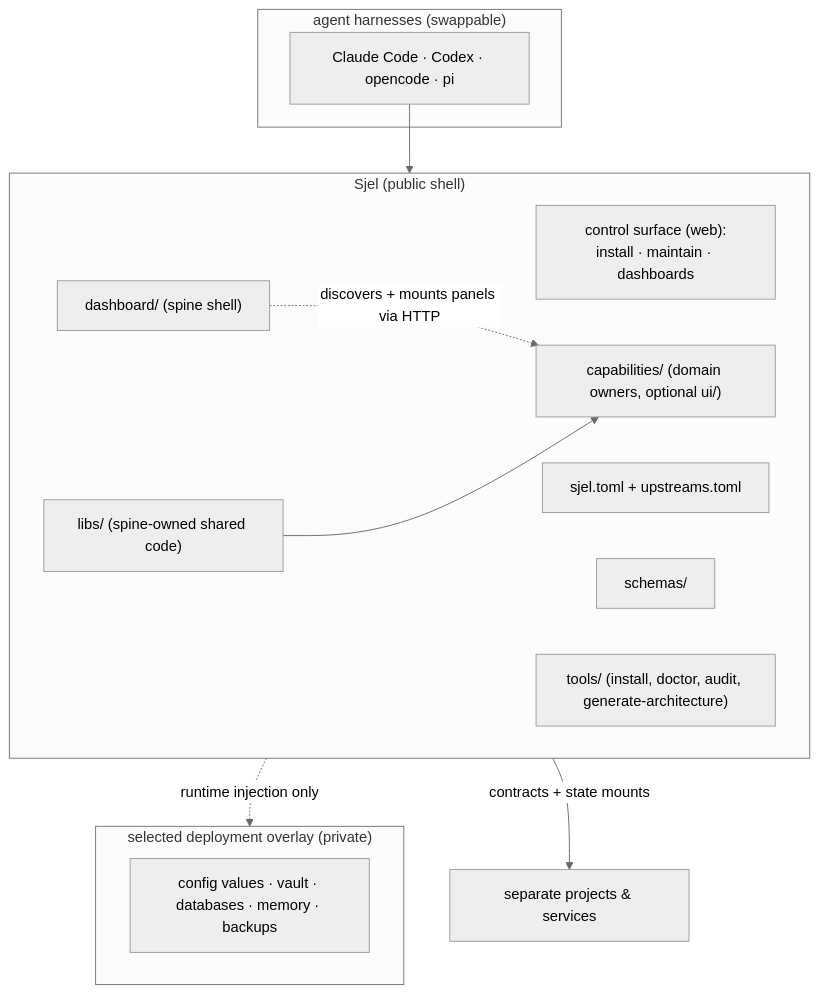
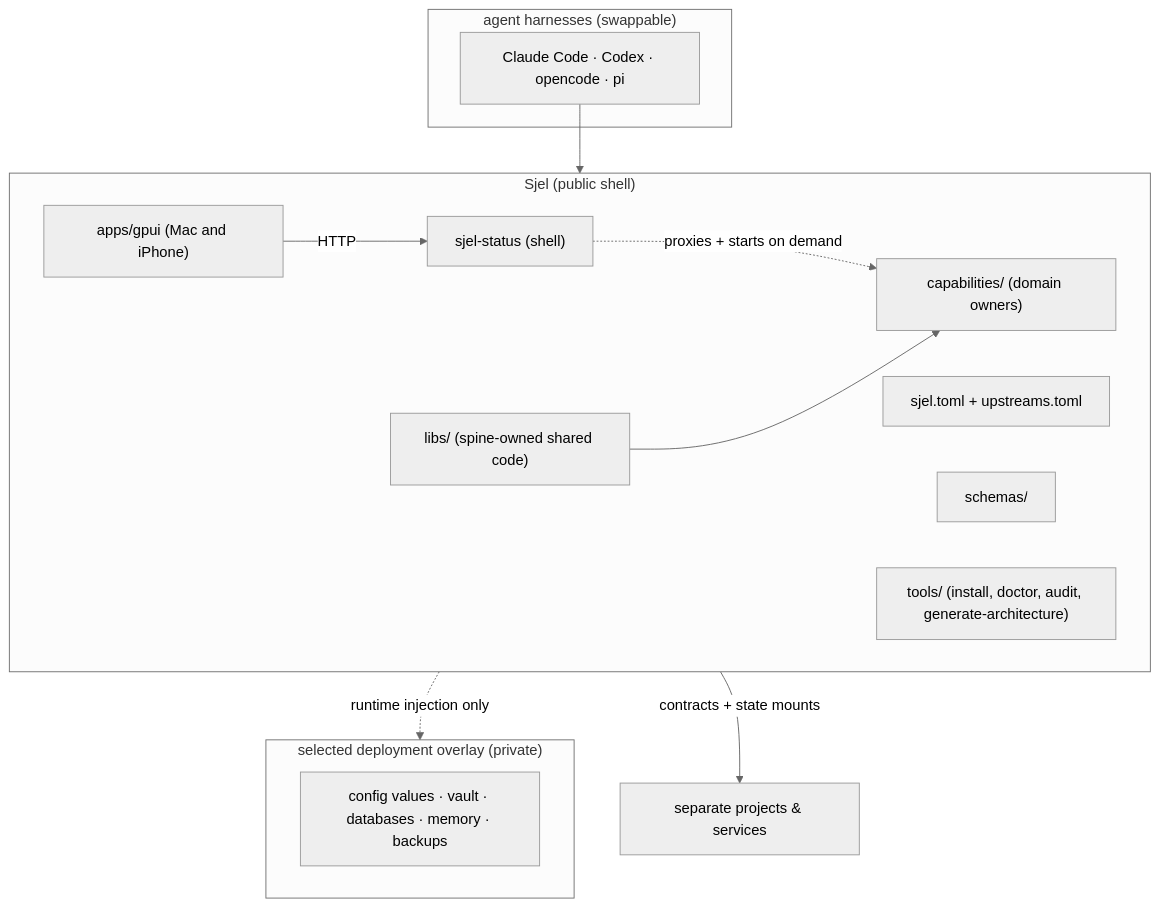
Before and after one commit to larsboes/Sjel: the diagram in CONTRIBUTING.md, drawn with Mermaid (neutral theme). The commit also changed other lines of this file and 2 other files, not shown here.

First line of the commit message:
docs: describe the native app, not the deleted dashboard, in README and CONTRIBUTING

````diff
--- a/CONTRIBUTING.md
+++ b/CONTRIBUTING.md
@@ -803,23 +800,24 @@
 ```mermaid
 flowchart TB
     subgraph HARNESS["agent harnesses (swappable)"]
         H["Claude Code · Codex · opencode · pi"]
     end
-    subgraph AXON["Sjel (public shell)"]
-        C["control surface (web):<br/>install · maintain · dashboards"]
+    subgraph SJEL["Sjel (public shell)"]
+        A["apps/gpui (Mac and iPhone)"]
         M["sjel.toml + upstreams.toml"]
         S["schemas/"]
         T["tools/ (install, doctor, audit, generate-architecture)"]
-        CAP["capabilities/ (domain owners, optional ui/)"]
-        D["dashboard/ (spine shell)"]
+        CAP["capabilities/ (domain owners)"]
+        SH["sjel-status (shell)"]
         L["libs/ (spine-owned shared code)"]
-        D -.->|discovers + mounts panels via HTTP| CAP
+        A -->|HTTP| SH
+        SH -.->|proxies + starts on demand| CAP
         L --> CAP
     end
     subgraph OVERLAY["selected deployment overlay (private)"]
         P["config values · vault · databases · memory · backups"]
     end
-    H --> AXON
-    AXON -.->|runtime injection only| OVERLAY
-    AXON -->|contracts + state mounts| EXT["separate projects & services"]
+    H --> SJEL
+    SJEL -.->|runtime injection only| OVERLAY
+    SJEL -->|contracts + state mounts| EXT["separate projects & services"]
 ```
````
